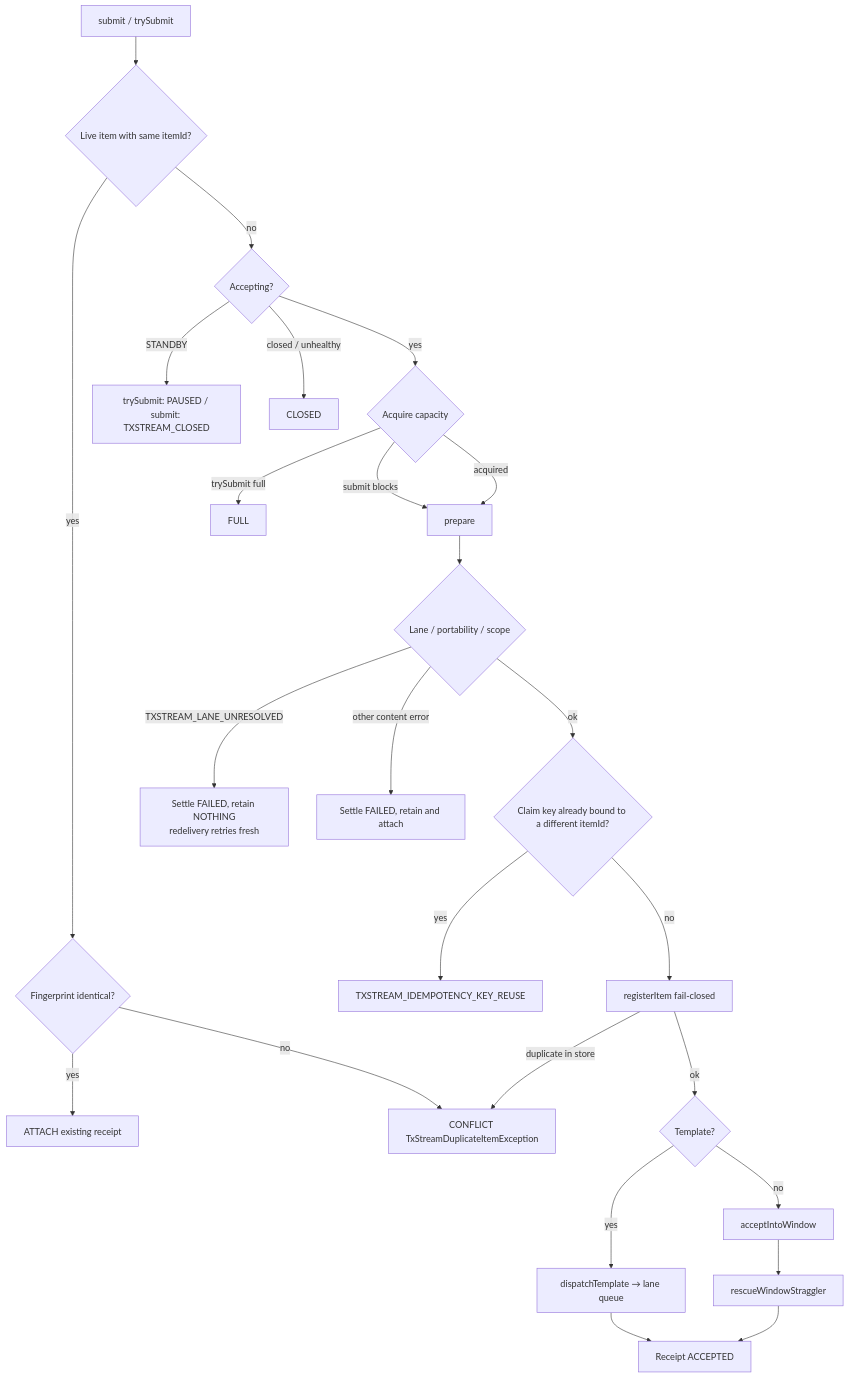
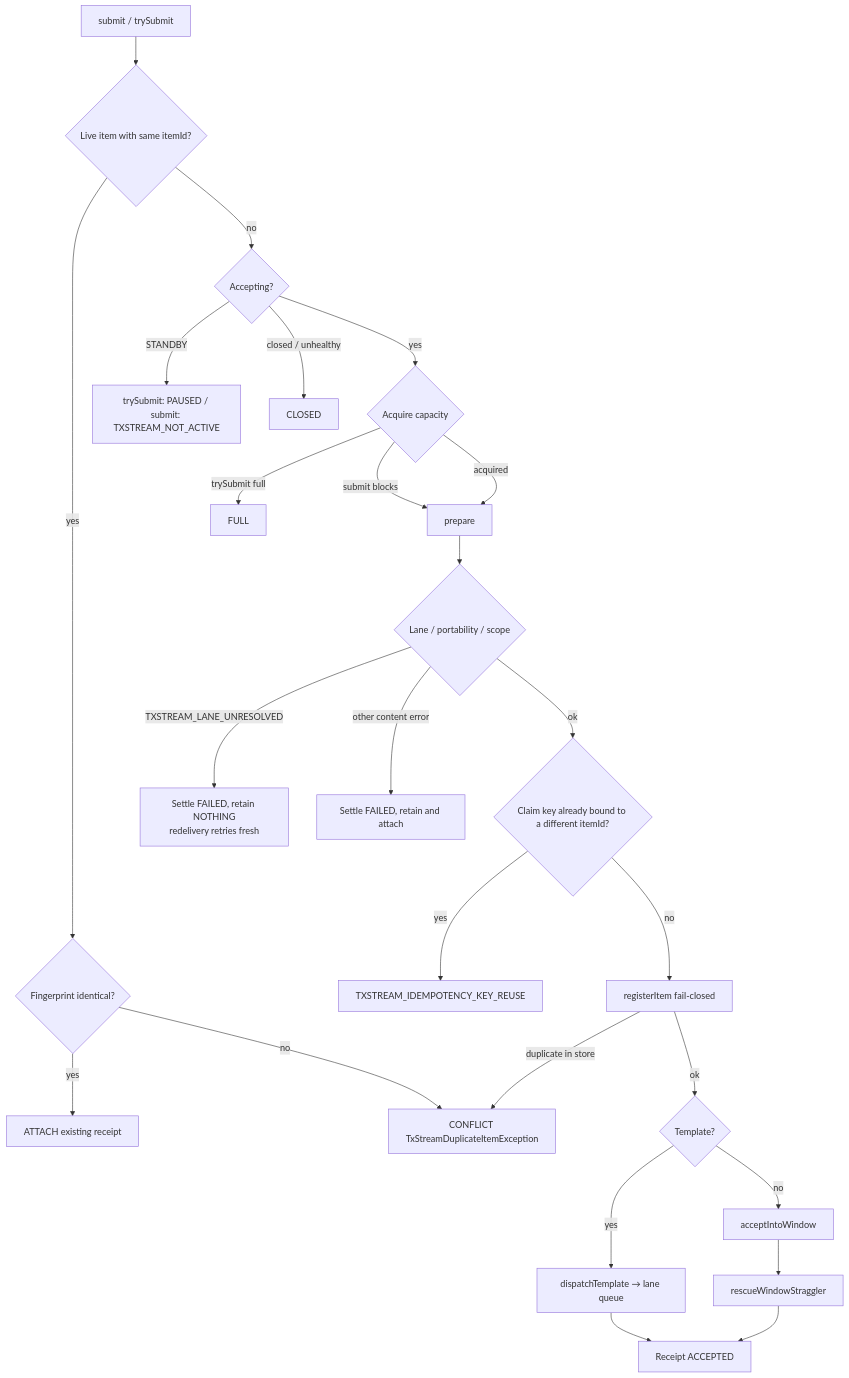
One commit to bloxbean/cardano-client-lib changed the second of 13 diagrams in txflow/docs/in-progress/TXSTREAM_DESIGN.md. Above: the diagram before and after it, drawn with Mermaid. The commit also changed other lines of this file and 4 other files, not shown here.

````diff
--- a/txflow/docs/in-progress/TXSTREAM_DESIGN.md
+++ b/txflow/docs/in-progress/TXSTREAM_DESIGN.md
@@ -166,27 +166,27 @@
 ```mermaid
 flowchart TD
     A[submit / trySubmit] --> B{Live item with same itemId?}
     B -->|yes| C{Fingerprint identical?}
     C -->|yes| D[ATTACH existing receipt]
     C -->|no| E[CONFLICT TxStreamDuplicateItemException]
     B -->|no| F{Accepting?}
-    F -->|STANDBY| G[trySubmit: PAUSED / submit: TXSTREAM_CLOSED]
+    F -->|STANDBY| G[trySubmit: PAUSED / submit: TXSTREAM_NOT_ACTIVE]
     F -->|closed / unhealthy| H[CLOSED]
     F -->|yes| I{Acquire capacity}
     I -->|trySubmit full| J[FULL]
     I -->|submit blocks| K[prepare]
     I -->|acquired| K
     K --> L{Lane / portability / scope}
     L -->|TXSTREAM_LANE_UNRESOLVED| M[Settle FAILED, retain NOTHING<br/>redelivery retries fresh]
     L -->|other content error| N[Settle FAILED, retain and attach]
     L -->|ok| O{Claim key already bound to a different itemId?}
     O -->|yes| P[TXSTREAM_IDEMPOTENCY_KEY_REUSE]
     O -->|no| Q[registerItem fail-closed]
     Q -->|duplicate in store| E
     Q -->|ok| R{Template?}
     R -->|yes| S[dispatchTemplate → lane queue]
     R -->|no| T[acceptIntoWindow]
     T --> U[rescueWindowStraggler]
     S --> V[Receipt ACCEPTED]
     U --> V
 ```
````
